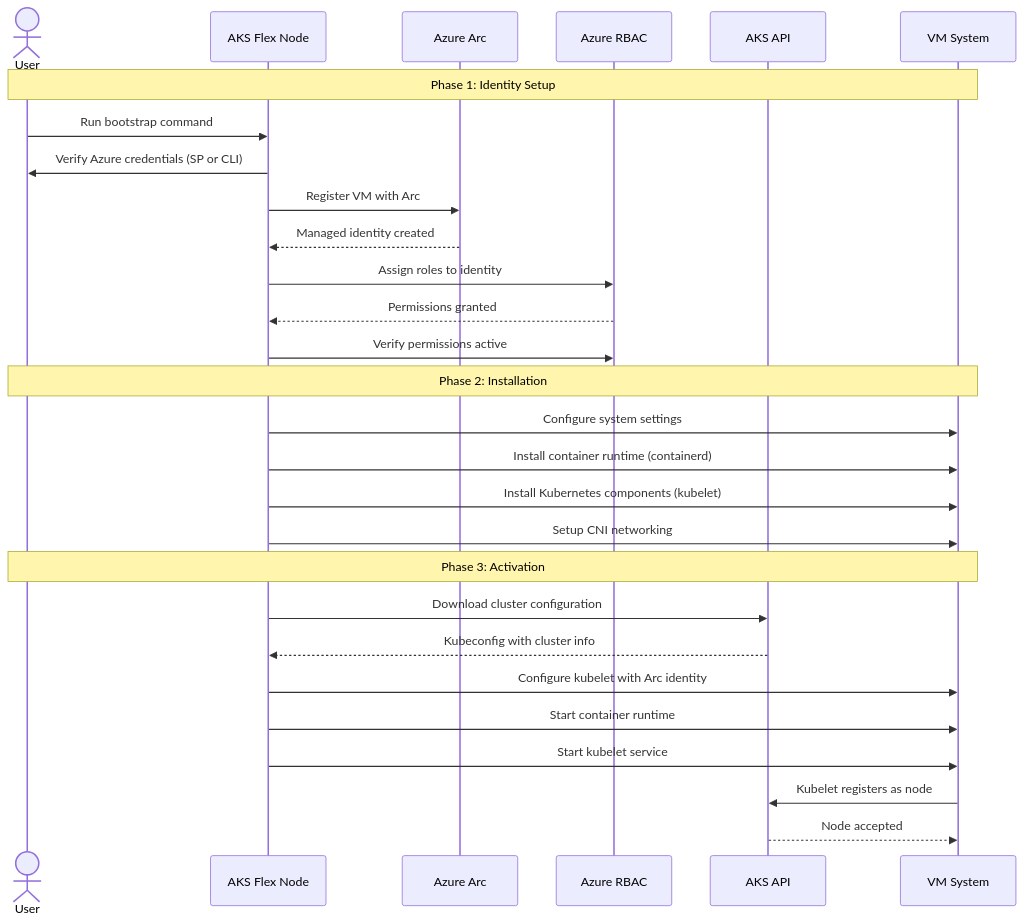
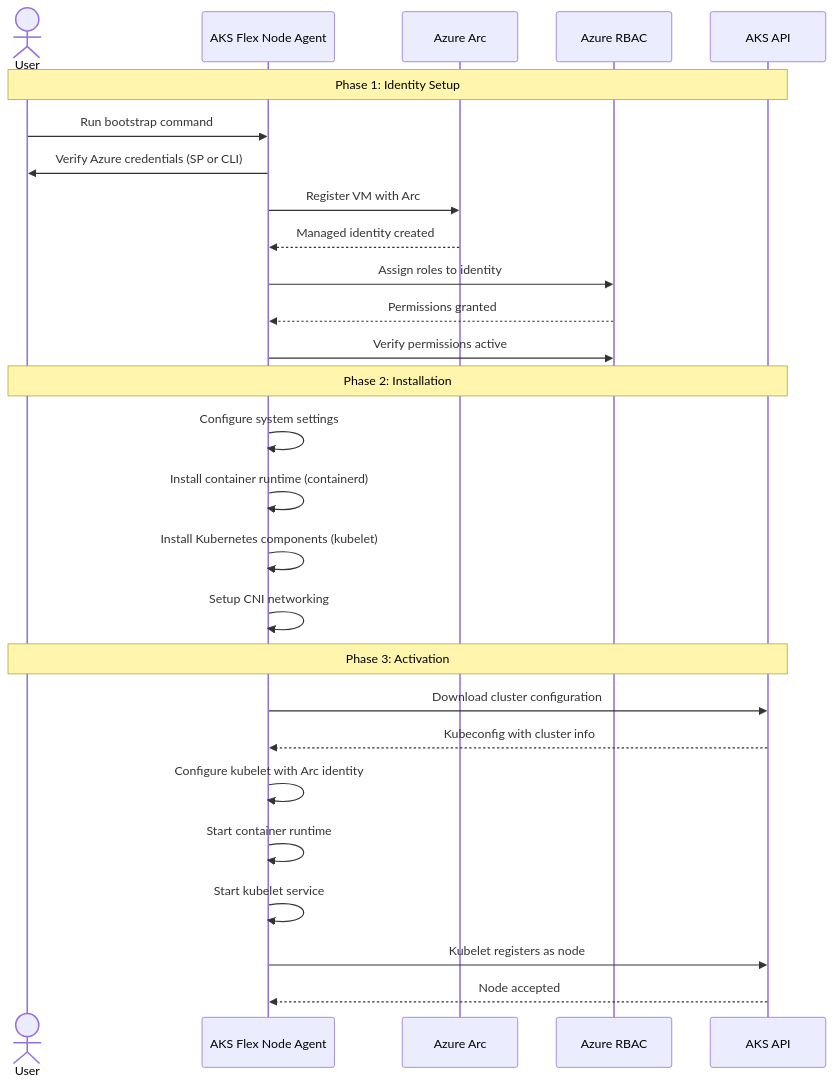
The fourth of 9 diagrams in ARCHITECTURE.md (Azure/AKSFlexNode), drawn with Mermaid before and after one commit. The commit also changed other lines of this file, not shown here.

````diff
--- a/ARCHITECTURE.md
+++ b/ARCHITECTURE.md
@@ -276,33 +276,32 @@
 ```mermaid
 sequenceDiagram
     actor User
-    participant Agent as AKS Flex Node
+    participant Agent as AKS Flex Node Agent
     participant Arc as Azure Arc
     participant RBAC as Azure RBAC
     participant AKS as AKS API
-    participant VM as VM System
 
-    Note over User,VM: Phase 1: Identity Setup
+    Note over User,AKS: Phase 1: Identity Setup
     User->>Agent: Run bootstrap command
     Agent->>User: Verify Azure credentials (SP or CLI)
     Agent->>Arc: Register VM with Arc
     Arc-->>Agent: Managed identity created
     Agent->>RBAC: Assign roles to identity
     RBAC-->>Agent: Permissions granted
     Agent->>RBAC: Verify permissions active
 
-    Note over User,VM: Phase 2: Installation
-    Agent->>VM: Configure system settings
-    Agent->>VM: Install container runtime (containerd)
-    Agent->>VM: Install Kubernetes components (kubelet)
-    Agent->>VM: Setup CNI networking
+    Note over User,AKS: Phase 2: Installation
+    Agent->>Agent: Configure system settings
+    Agent->>Agent: Install container runtime (containerd)
+    Agent->>Agent: Install Kubernetes components (kubelet)
+    Agent->>Agent: Setup CNI networking
 
-    Note over User,VM: Phase 3: Activation
+    Note over User,AKS: Phase 3: Activation
     Agent->>AKS: Download cluster configuration
     AKS-->>Agent: Kubeconfig with cluster info
-    Agent->>VM: Configure kubelet with Arc identity
-    Agent->>VM: Start container runtime
-    Agent->>VM: Start kubelet service
-    VM->>AKS: Kubelet registers as node
-    AKS-->>VM: Node accepted
+    Agent->>Agent: Configure kubelet with Arc identity
+    Agent->>Agent: Start container runtime
+    Agent->>Agent: Start kubelet service
+    Agent->>AKS: Kubelet registers as node
+    AKS-->>Agent: Node accepted
 ```
````
